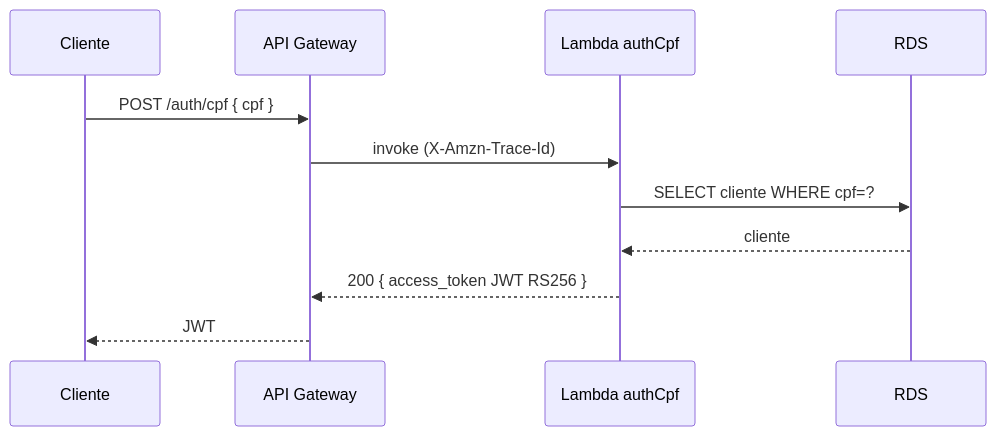
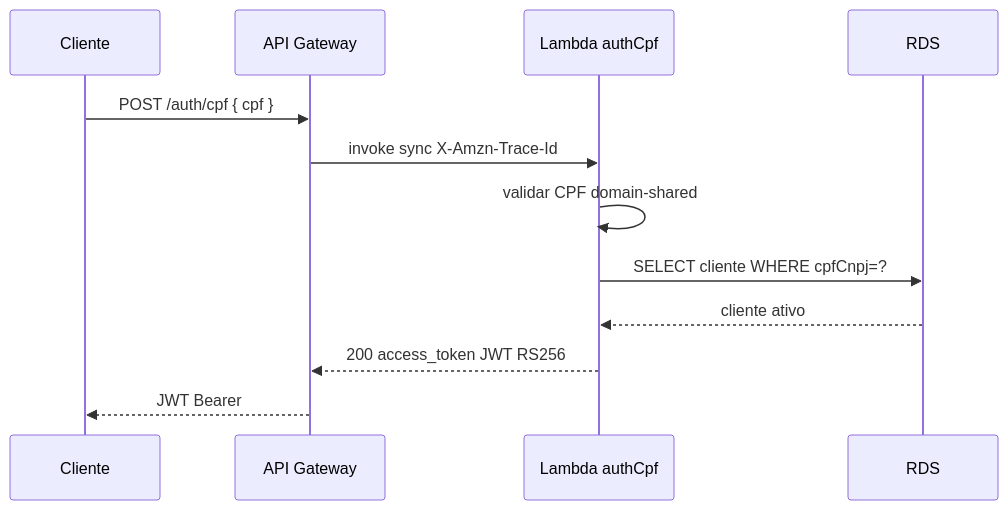
Before and after one commit to dinhogt/autoservicemanager-app: the second of 5 diagrams in docs/architecture/diagrams-fase3.md, drawn with Mermaid. The commit also changed other lines of this file and 6 other files, not shown here.

Commit message:
docs(fase3): close rubric gaps — diagrams, ADR-011, ER, delivery-index

````diff
--- a/docs/architecture/diagrams-fase3.md
+++ b/docs/architecture/diagrams-fase3.md
@@ -33,13 +76,14 @@
 ```mermaid
 sequenceDiagram
   participant C as Cliente
   participant G as API Gateway
   participant L as Lambda authCpf
   participant D as RDS
   C->>G: POST /auth/cpf { cpf }
-  G->>L: invoke (X-Amzn-Trace-Id)
-  L->>D: SELECT cliente WHERE cpf=?
-  D-->>L: cliente
-  L-->>G: 200 { access_token JWT RS256 }
-  G-->>C: JWT
+  G->>L: invoke sync X-Amzn-Trace-Id
+  L->>L: validar CPF domain-shared
+  L->>D: SELECT cliente WHERE cpfCnpj=?
+  D-->>L: cliente ativo
+  L-->>G: 200 access_token JWT RS256
+  G-->>C: JWT Bearer
 ```
````
